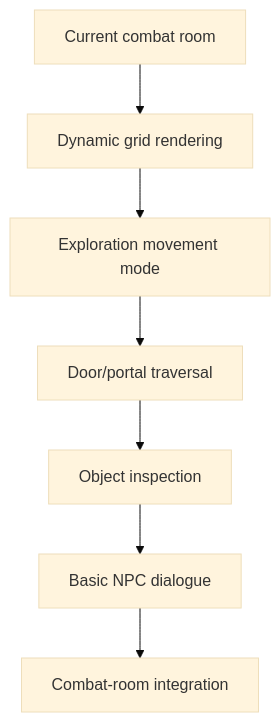
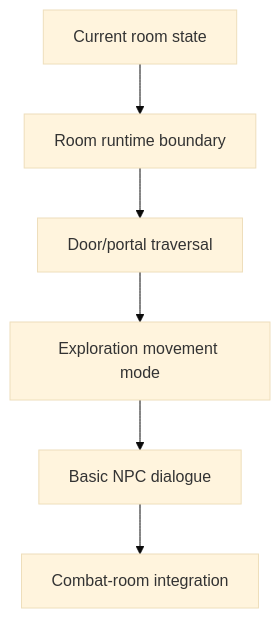
One commit to GoldenWind8/roguelike-mvp changed the diagram in docs/ROADMAP.md. Above: the diagram before and after it, drawn with Mermaid (base theme). The commit also changed other lines of this file and 14 other files, not shown here.

````diff
--- a/docs/ROADMAP.md
+++ b/docs/ROADMAP.md
@@ -40,9 +43,8 @@
 ```mermaid
 flowchart TD
-    A["Current combat room"] --> B["Dynamic grid rendering"]
-    B --> C["Exploration movement mode"]
-    C --> D["Door/portal traversal"]
-    D --> E["Object inspection"]
-    E --> F["Basic NPC dialogue"]
-    F --> G["Combat-room integration"]
+    A["Current room state"] --> B["Room runtime boundary"]
+    B --> C["Door/portal traversal"]
+    C --> D["Exploration movement mode"]
+    D --> E["Basic NPC dialogue"]
+    E --> F["Combat-room integration"]
 ```
````
